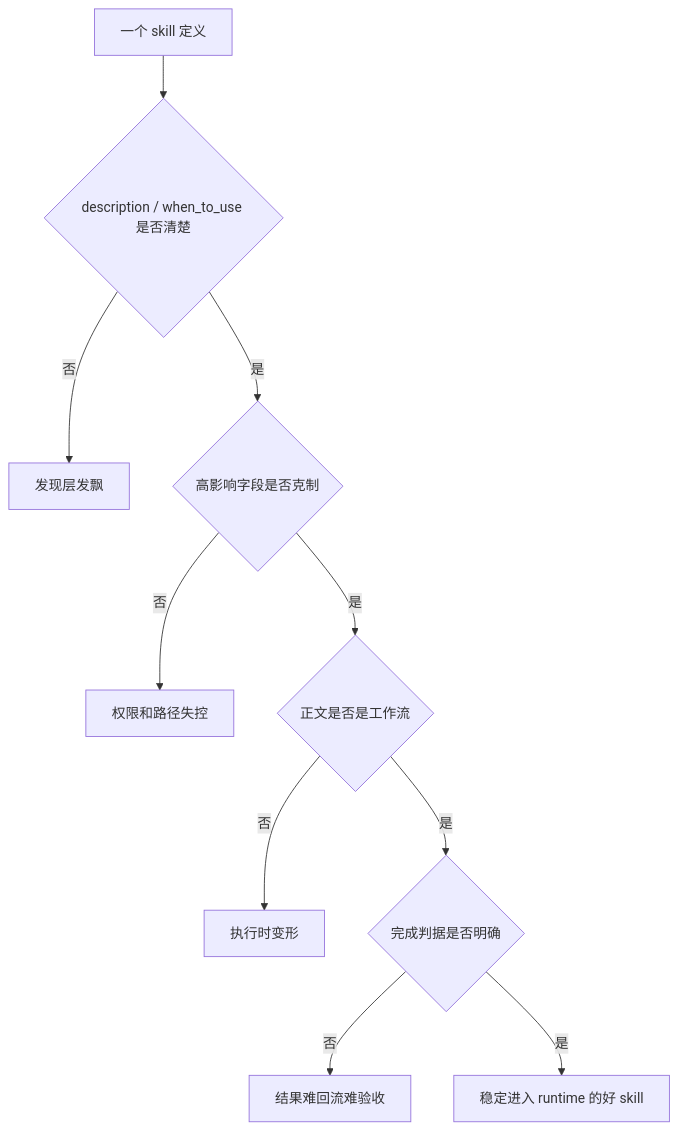
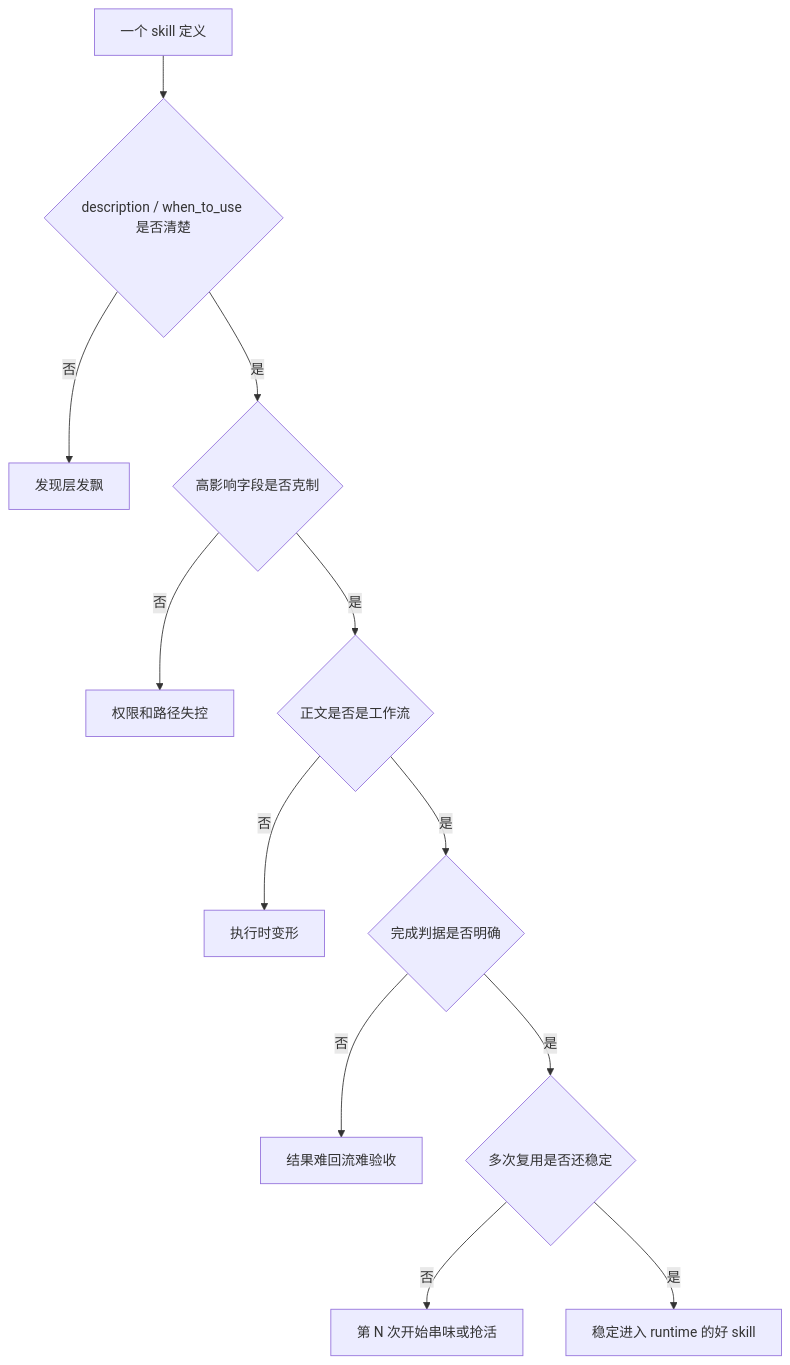
Before and after one commit to T0UGH/claude-code-source-guide: the diagram in docs/guidebookv2/volume-5/07-what-makes-a-good-runtime-skill.md, drawn with Mermaid. The commit also changed other lines of this file and 5 other files, not shown here.

````diff
--- a/docs/guidebookv2/volume-5/07-what-makes-a-good-runtime-skill.md
+++ b/docs/guidebookv2/volume-5/07-what-makes-a-good-runtime-skill.md
@@ -211,12 +53,14 @@
 ```mermaid
 flowchart TD
     A[一个 skill 定义] --> B{description / when_to_use 是否清楚}
     B -- 否 --> X[发现层发飘]
     B -- 是 --> C{高影响字段是否克制}
     C -- 否 --> Y[权限和路径失控]
     C -- 是 --> D{正文是否是工作流}
     D -- 否 --> Z[执行时变形]
     D -- 是 --> E{完成判据是否明确}
     E -- 否 --> W[结果难回流难验收]
-    E -- 是 --> F[稳定进入 runtime 的好 skill]
+    E -- 是 --> F{多次复用是否还稳定}
+    F -- 否 --> V[第 N 次开始串味或抢活]
+    F -- 是 --> G[稳定进入 runtime 的好 skill]
 ```
````
